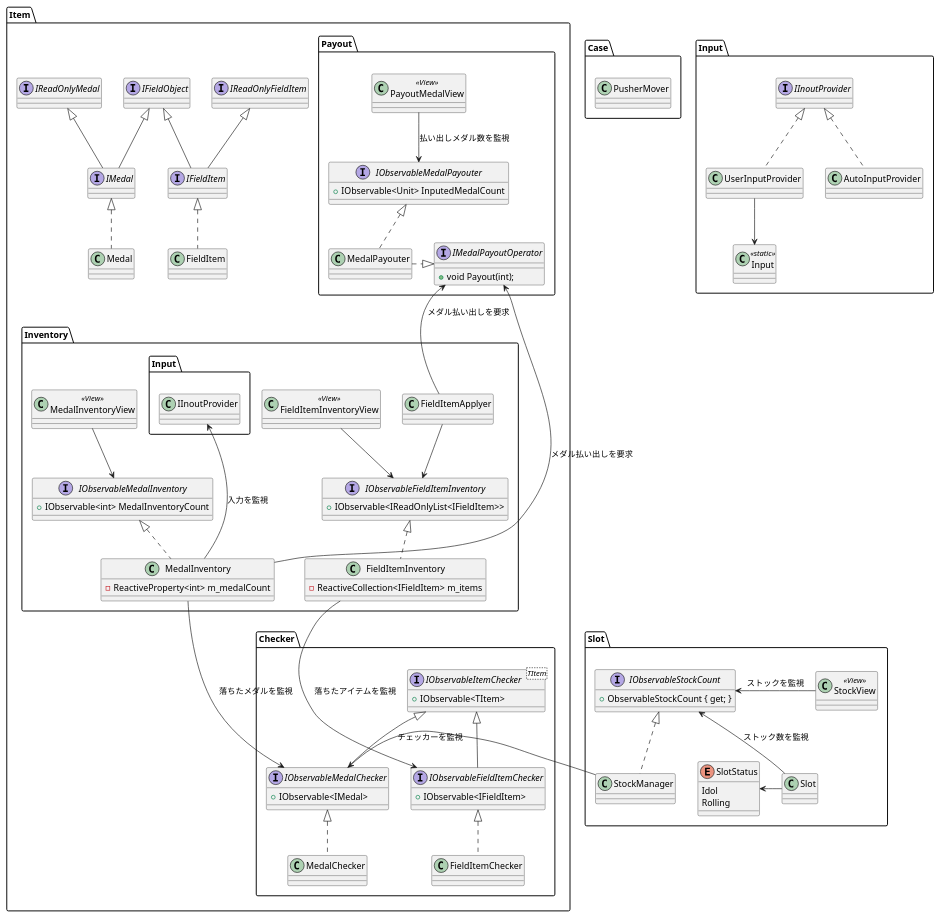
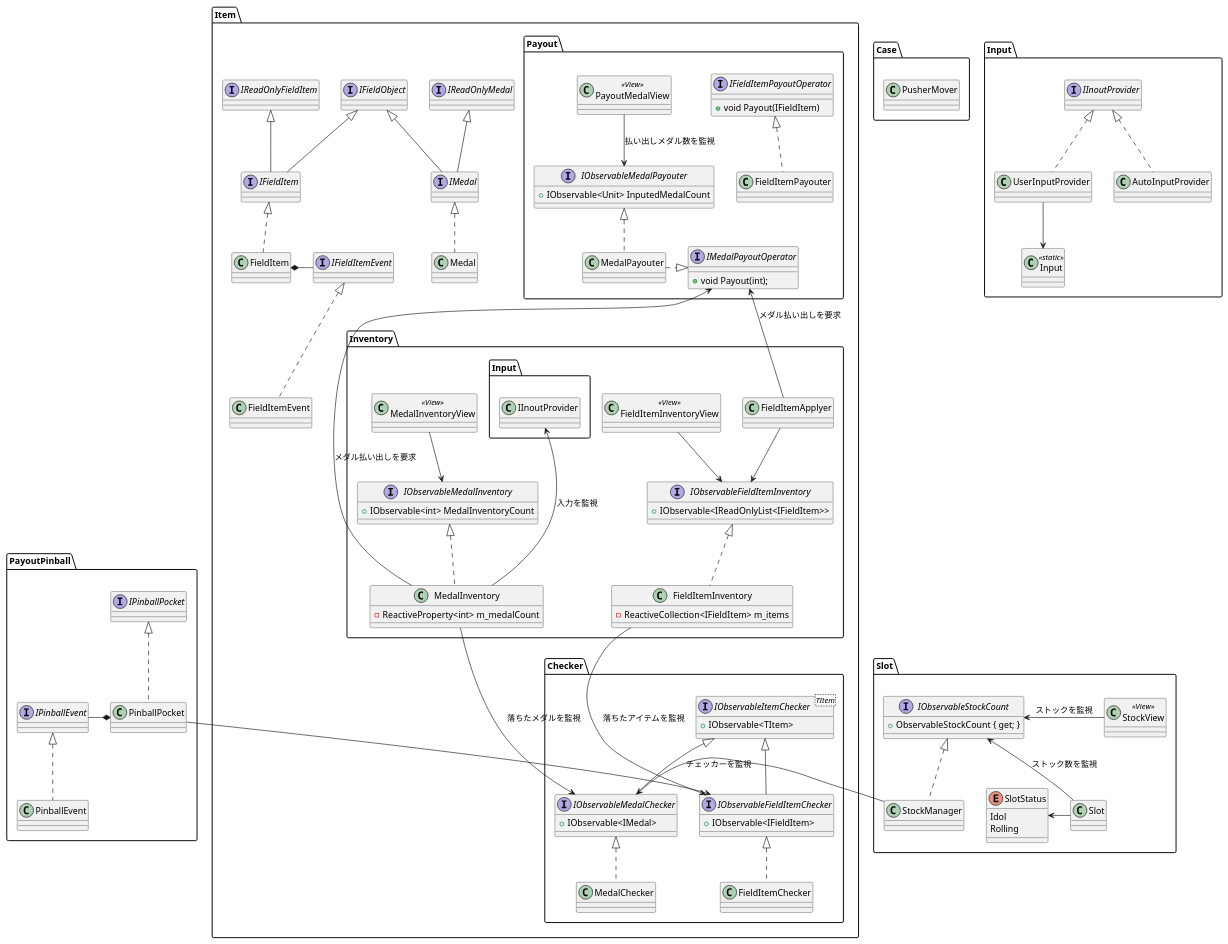
The diagram in Documents/ClassDiaglam.pu (yutorisan/CoinPusherGame), drawn with PlantUML before and after one commit. The commit also changed 12 other files, not shown here.

```diff
--- a/Documents/ClassDiaglam.pu
+++ b/Documents/ClassDiaglam.pu
@@ -1,131 +1,153 @@
 @startuml MedalPusher
 
 namespace Case{
     class PusherMover
 }
 
 namespace Item{
     interface IReadOnlyFieldItem
     interface IFieldItem
     class FieldItem
+    interface IFieldItemEvent
+    class FieldItemEvent
     IReadOnlyFieldItem <|-- IFieldItem
     IFieldItem <|.. FieldItem
+    IFieldItemEvent <|.. FieldItemEvent
+    FieldItem *- IFieldItemEvent
 
     interface IReadOnlyMedal
     interface IMedal
     class Medal
     IReadOnlyMedal <|-- IMedal
     IMedal <|.. Medal
 
     interface IFieldObject
     IFieldObject <|-- IMedal
     IFieldObject <|-- IFieldItem
     
     namespace Checker{
         interface IObservableItemChecker<TItem>{
             +IObservable<TItem>
         }
 
         interface IObservableMedalChecker{
             +IObservable<IMedal>
         }
         class MedalChecker
         IObservableItemChecker <|-- IObservableMedalChecker
         IObservableMedalChecker <|.. MedalChecker
 
         interface IObservableFieldItemChecker{
             +IObservable<IFieldItem>
         }
         class FieldItemChecker
         IObservableItemChecker <|-- IObservableFieldItemChecker
         IObservableFieldItemChecker <|.. FieldItemChecker
     }
     
     namespace Payout{
         interface IObservableMedalPayouter{
             +IObservable<Unit> InputedMedalCount
         }
         interface IMedalPayoutOperator{
             +void Payout(int);
         }
         class MedalPayouter
         MedalPayouter .|> IMedalPayoutOperator
         IObservableMedalPayouter <|.. MedalPayouter
+
+        interface IFieldItemPayoutOperator{
+            +void Payout(IFieldItem)
+        }
+        class FieldItemPayouter
+        IFieldItemPayoutOperator <|.. FieldItemPayouter
 
         class PayoutMedalView<<View>>
         PayoutMedalView --> IObservableMedalPayouter : 払い出しメダル数を監視
 
     }
     
     namespace Inventory{
         interface IObservableMedalInventory{
             +IObservable<int> MedalInventoryCount
         }
         class MedalInventory{
             -ReactiveProperty<int> m_medalCount
         }
         IObservableMedalInventory <|.. MedalInventory
 
         interface IObservableFieldItemInventory{
             +IObservable<IReadOnlyList<IFieldItem>> 
         }
         class FieldItemInventory{
             -ReactiveCollection<IFieldItem> m_items
         }
         IObservableFieldItemInventory <|.. FieldItemInventory
 
         MedalInventory ---> Item.Checker.IObservableMedalChecker : 落ちたメダルを監視
         FieldItemInventory ---> Item.Checker.IObservableFieldItemChecker : 落ちたアイテムを監視
         Input.IInoutProvider <--- MedalInventory : 入力を監視
 
         class FieldItemApplyer
         Item.Payout.IMedalPayoutOperator <-- FieldItemApplyer : メダル払い出しを要求
 
         class MedalInventoryView<<View>>
         MedalInventoryView --> IObservableMedalInventory
         class FieldItemInventoryView<<View>>
         FieldItemInventoryView --> IObservableFieldItemInventory
 
         FieldItemApplyer --> IObservableFieldItemInventory
         MedalInventory --> Item.Payout.IMedalPayoutOperator : メダル払い出しを要求
     }
 
     ' Item.Inventory.IObservableMedalCounter <- PayoutMedalView : 落下メダル数を監視
     ' Item.Payout.IObservableMedalPayouter <- PayoutMedalView : 投入メダル数を監視
 }
 
 namespace Input{
     interface IInoutProvider
     class UserInputProvider
     class AutoInputProvider
     class Input<<static>>
     IInoutProvider <|.. UserInputProvider
     IInoutProvider <|.. AutoInputProvider
     UserInputProvider --> Input
 }
 
 namespace Slot{
     class StockManager
     IObservableStockCount <|.. StockManager
     Item.Checker.IObservableMedalChecker <- StockManager : チェッカーを監視
     class Slot
     enum SlotStatus{
         Idol
         Rolling
     }
     IObservableStockCount <-- Slot : ストック数を監視
 
     ' ISlot <|.. Slot
     SlotStatus <- Slot
 
     interface IObservableStockCount{
         +ObservableStockCount { get; }
     }
 
     class StockView<<View>>
     IObservableStockCount <- StockView : ストックを監視
 
 }
 
+namespace PayoutPinball{
+    interface IPinballPocket
+    class PinballPocket
+    IPinballPocket <|.. PinballPocket
+
+    interface IPinballEvent
+    class PinballEvent
+    IPinballEvent <|.. PinballEvent
+
+    PinballPocket *- IPinballEvent
+    PinballPocket --> Item.Checker.IObservableFieldItemChecker
+}
 
 @enduml
```
